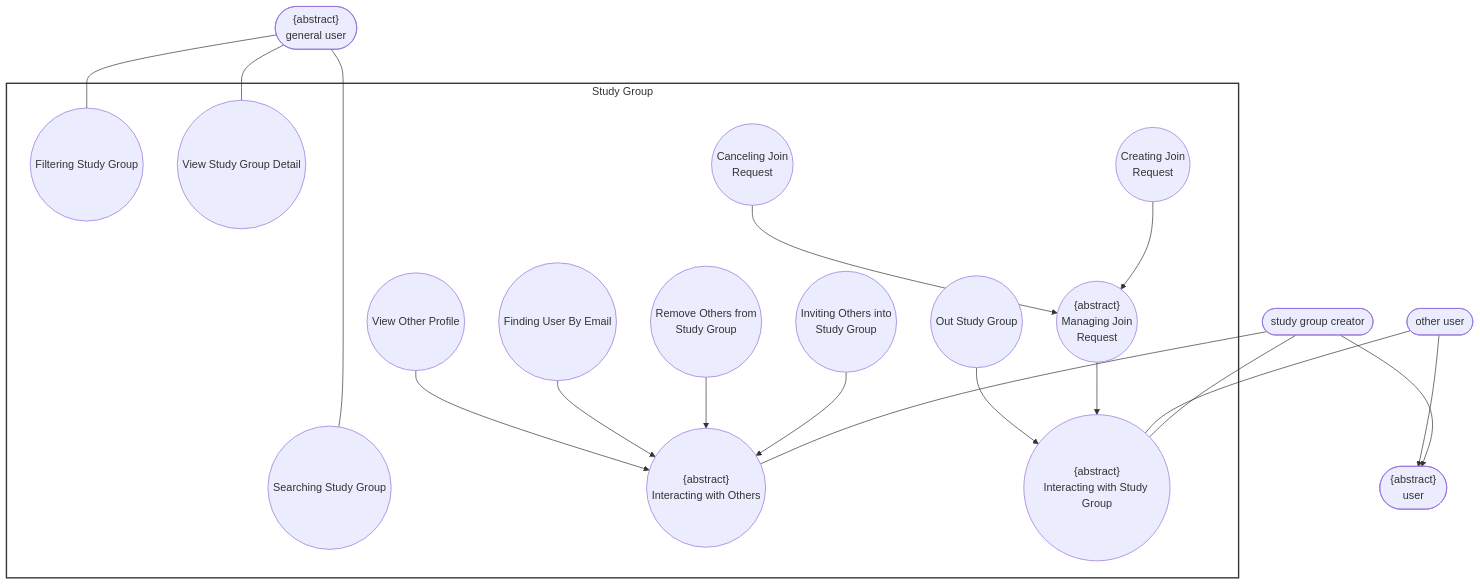
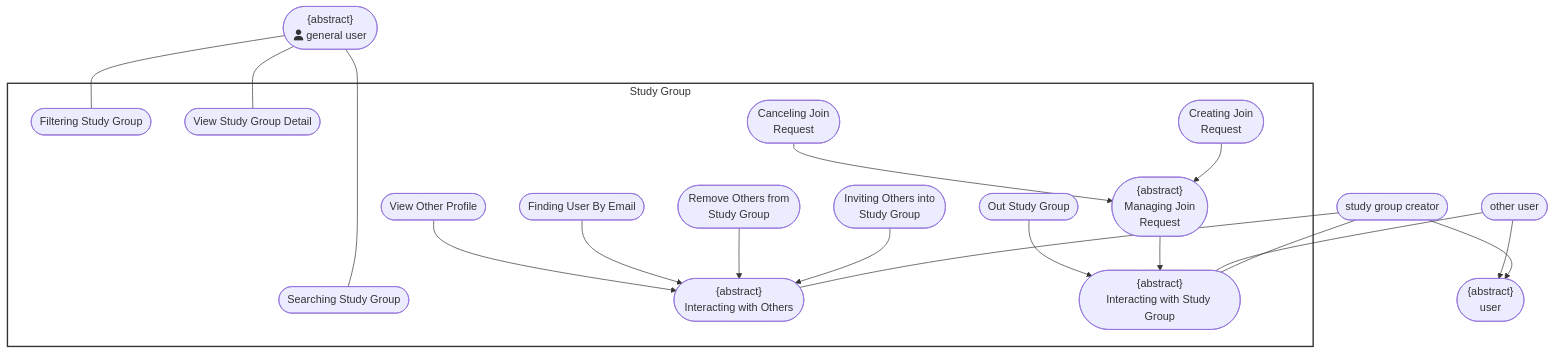
Before and after one commit to DuyNhat1705/AmeThyst-Library: the sixth of 9 diagrams in docs/management/PA3/Use-CaseDiagram.md, drawn with Mermaid. The commit also changed other lines of this file, not shown here.

Commit message:
update icon for UC diagram

````diff
--- a/docs/management/PA3/Use-CaseDiagram.md
+++ b/docs/management/PA3/Use-CaseDiagram.md
@@ -270,36 +275,36 @@
 ```mermaid
 flowchart TD
  subgraph StudyGroup["Study Group"]
-        UC1(("Searching Study Group"))
-        UC2(("Filtering Study Group"))
-        UC3(("View Study Group Detail"))
-        UC5(("Inviting Others into<br>Study Group"))
-        UC4(("<center>{abstract}<br>Interacting with Others</center>"))
-        UC6(("Remove Others from<br>Study Group"))
-        UC7(("Finding User By Email"))
-        UC8(("View Other Profile"))
-        UC9(("<center>{abstract}<br>Interacting with Study Group</center>"))
-        UC10(("<center>{abstract}<br>Managing Join<br>Request</center>"))
-        UC11(("<center>Creating Join<br>Request</center>"))
-        UC12(("<center>Canceling Join<br>Request</center>"))
-        UC13(("Out Study Group"))
+        UC1(["Searching Study Group"])
+        UC2(["Filtering Study Group"])
+        UC3(["View Study Group Detail"])
+        UC5(["Inviting Others into<br>Study Group"])
+        UC4(["<center>{abstract}<br>Interacting with Others</center>"])
+        UC6(["Remove Others from<br>Study Group"])
+        UC7(["Finding User By Email"])
+        UC8(["View Other Profile"])
+        UC9(["<center>{abstract}<br>Interacting with Study Group</center>"])
+        UC10(["<center>{abstract}<br>Managing Join<br>Request</center>"])
+        UC11(["<center>Creating Join<br>Request</center>"])
+        UC12(["<center>Canceling Join<br>Request</center>"])
+        UC13(["Out Study Group"])
   end
     StudyGroupCreator(["study group creator"]) --> User(["<center>{abstract}<br>user</center>"])
     OtherUser(["other user"]) --> User
-    GeneralUser(["<center>{abstract}<br>general user</center>"]) ~~~ StudyGroupCreator
+    GeneralUser(["<center>{abstract}<br>fa:fa-user general user</center>"]) ~~~ StudyGroupCreator
     StudyGroupCreator ~~~ User
     GeneralUser ~~~~~ StudyGroup
     GeneralUser --- UC1 & UC2 & UC3
     StudyGroupCreator --- UC4 & UC9
     OtherUser --- UC9
     UC5 --> UC4
     UC6 --> UC4
     UC7 --> UC4
     UC8 --> UC4
     UC10 --> UC9
     UC13 --> UC9
     UC11 --> UC10
     UC12 --> UC10
 
     style StudyGroup fill:#fff,stroke:#333,stroke-width:2px
 ```
````
